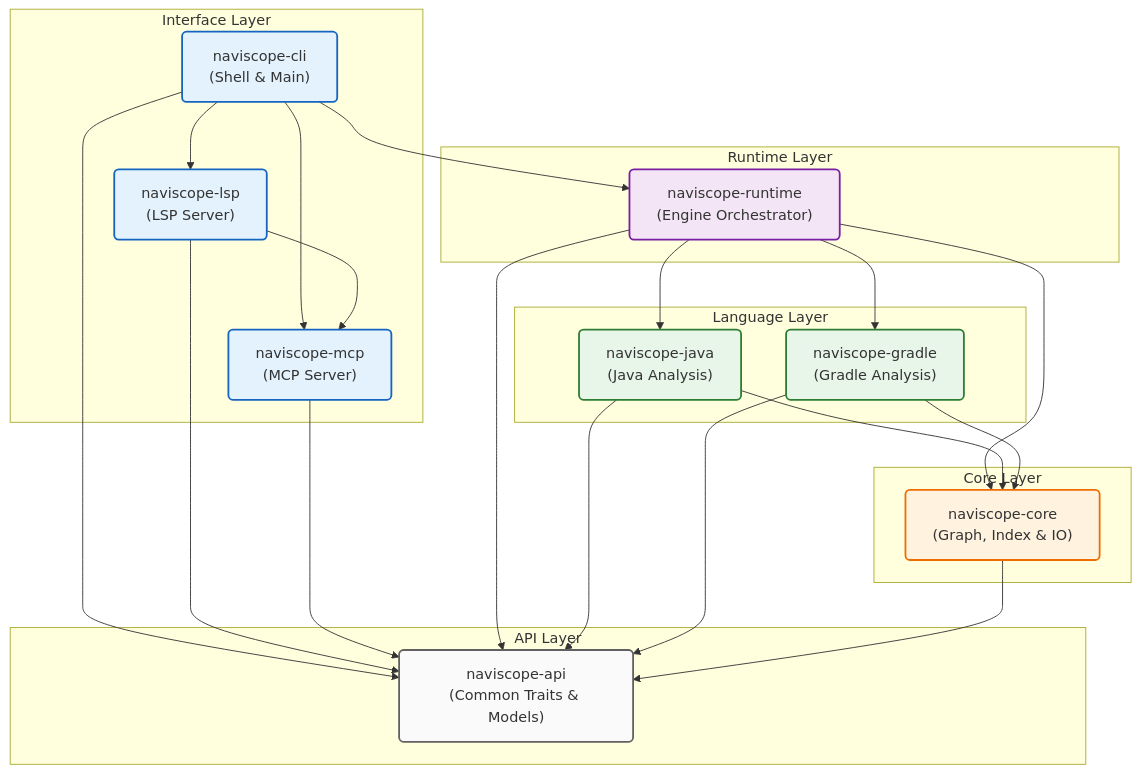
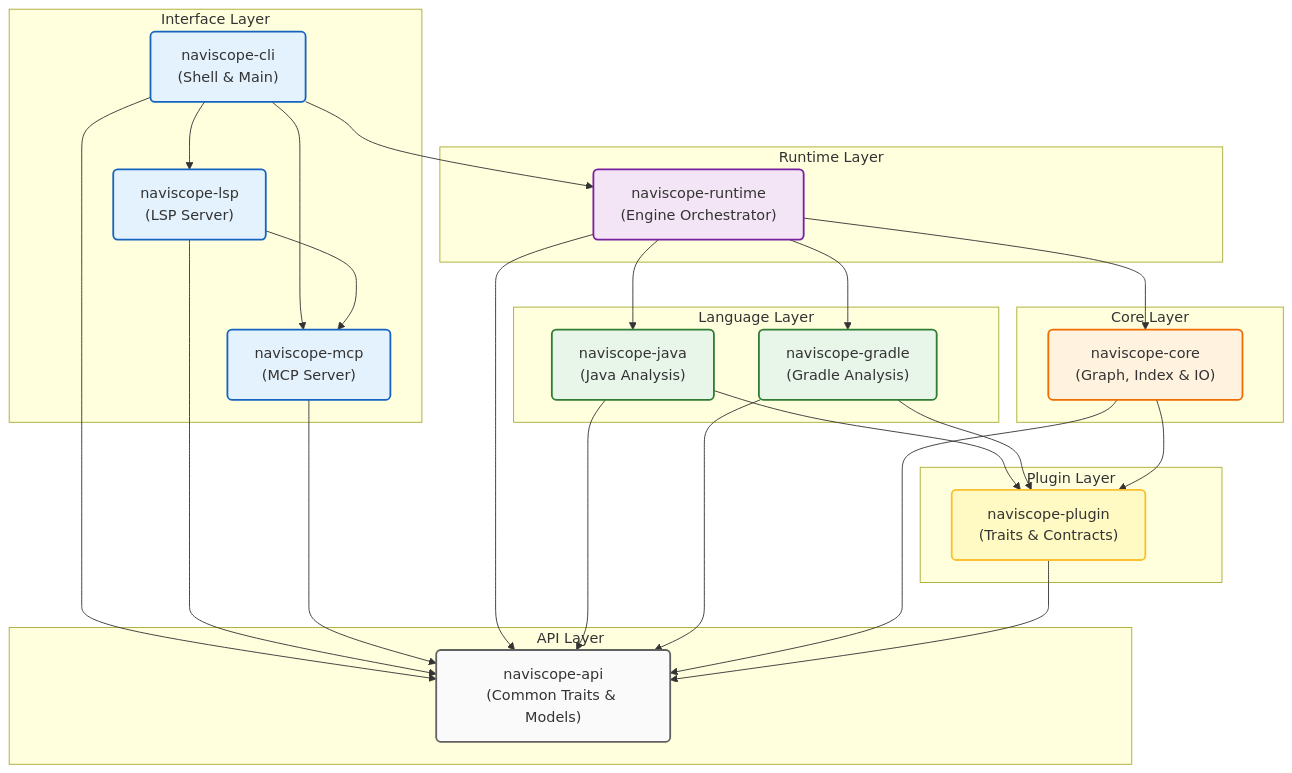
The diagram in README.md (biuld/naviscope), drawn with Mermaid before and after one commit. The commit also changed other lines of this file and 7 other files, not shown here.

````diff
--- a/README.md
+++ b/README.md
@@ -39,56 +39,64 @@
 ```mermaid
 graph TD
     %% Styles
     classDef interface fill:#e3f2fd,stroke:#1565c0,stroke-width:2px,rx:5,ry:5
     classDef runtime fill:#f3e5f5,stroke:#7b1fa2,stroke-width:2px,rx:5,ry:5
     classDef language fill:#e8f5e9,stroke:#2e7d32,stroke-width:2px,rx:5,ry:5
+    classDef plugin fill:#fff9c4,stroke:#fbc02d,stroke-width:2px,rx:5,ry:5
     classDef core fill:#fff3e0,stroke:#ef6c00,stroke-width:2px,rx:5,ry:5
     classDef api fill:#fafafa,stroke:#616161,stroke-width:2px,rx:5,ry:5
 
     subgraph Interfaces [Interface Layer]
         CLI["naviscope-cli<br/>(Shell & Main)"]:::interface
         LSP["naviscope-lsp<br/>(LSP Server)"]:::interface
         MCP["naviscope-mcp<br/>(MCP Server)"]:::interface
     end
 
     subgraph Orchestration [Runtime Layer]
         Runtime["naviscope-runtime<br/>(Engine Orchestrator)"]:::runtime
     end
 
     subgraph Strategies [Language Layer]
         Java["naviscope-java<br/>(Java Analysis)"]:::language
         Gradle["naviscope-gradle<br/>(Gradle Analysis)"]:::language
+    end
+
+    subgraph Abstraction [Plugin Layer]
+        Plugin["naviscope-plugin<br/>(Traits & Contracts)"]:::plugin
     end
 
     subgraph Engine [Core Layer]
         Core["naviscope-core<br/>(Graph, Index & IO)"]:::core
     end
 
     subgraph Foundation [API Layer]
         API["naviscope-api<br/>(Common Traits & Models)"]:::api
     end
 
     %% Crate Dependencies
     CLI --> LSP
     CLI --> MCP
     CLI --> Runtime
     CLI --> API
 
     LSP --> MCP
     LSP --> API
 
     MCP --> API
 
     Runtime --> Java
     Runtime --> Gradle
     Runtime --> Core
     Runtime --> API
 
-    Java --> Core
+    Java --> Plugin
     Java --> API
 
-    Gradle --> Core
+    Gradle --> Plugin
     Gradle --> API
 
+    Core --> Plugin
     Core --> API
+
+    Plugin --> API
 ```
````
